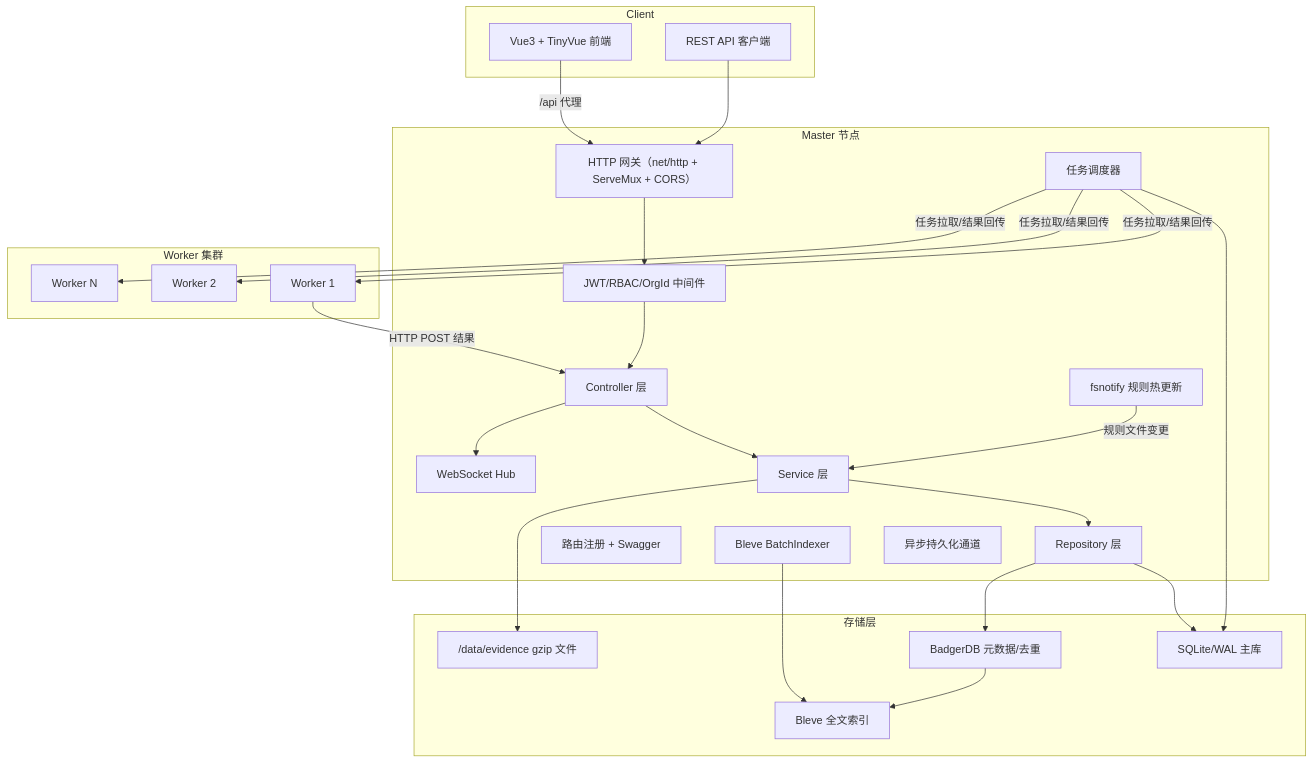
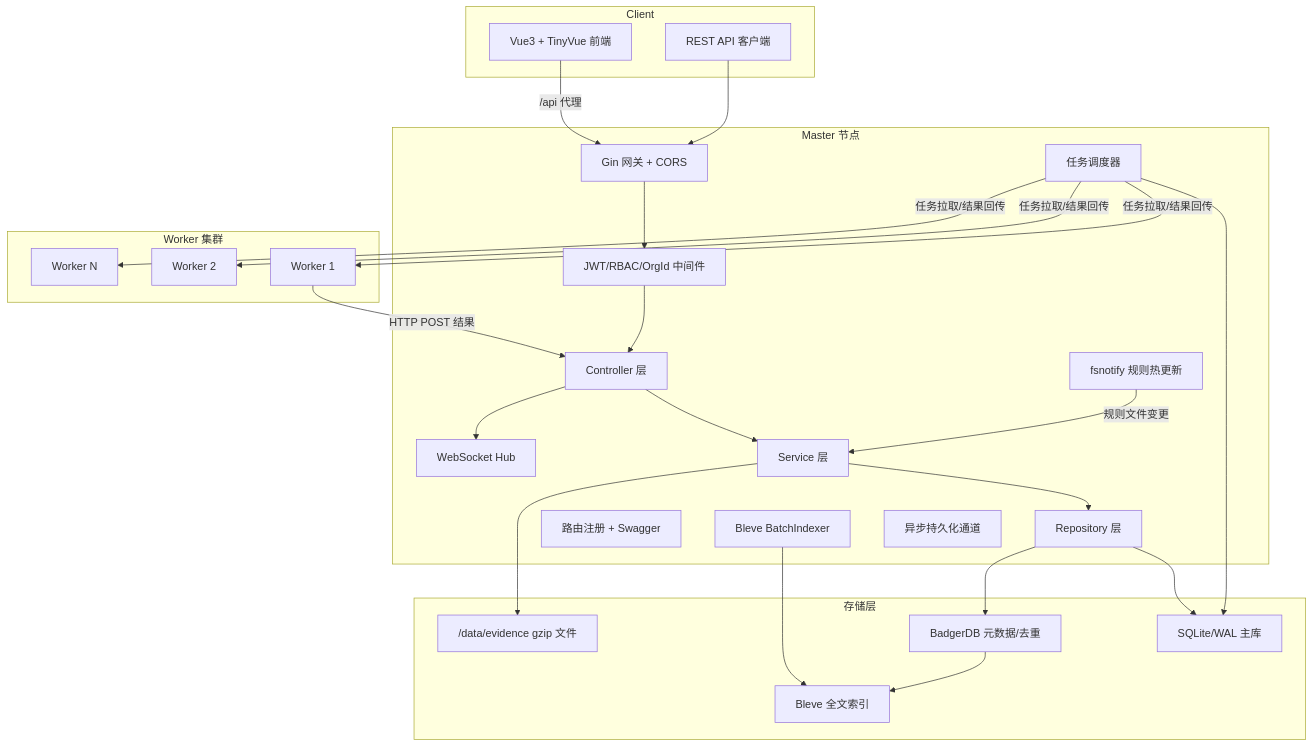
The first of 4 diagrams in .monkeycode/specs/cinsight-platform/design.md (Fanc1er/Kate), drawn with Mermaid before and after one commit. The commit also changed other lines of this file and 2 other files, not shown here.

Commit message:
docs(spec): 恢复 Gin+GORM 技术栈并放开 AGENTS.md 第三方库约束（用户确认允许成熟库减少代码量） Co-authored-by: monkeycode-ai <monkeycode-ai@chaitin.com>

````diff
--- a/.monkeycode/specs/cinsight-platform/design.md
+++ b/.monkeycode/specs/cinsight-platform/design.md
@@ -20,50 +20,50 @@
 ```mermaid
 graph TD
     subgraph Client
         UI["Vue3 + TinyVue 前端"]
         REST["REST API 客户端"]
     end
 
     subgraph Master["Master 节点"]
-        GATE["HTTP 网关（net/http + ServeMux + CORS）"]
+        GATE["Gin 网关 + CORS"]
         MID["JWT/RBAC/OrgId 中间件"]
         CTRL["Controller 层"]
         SVC["Service 层"]
         REPO["Repository 层"]
         ROUTE["路由注册 + Swagger"]
         WS["WebSocket Hub"]
         SCHED["任务调度器"]
         BATCH["Bleve BatchIndexer"]
         PERSIST["异步持久化通道"]
         RULEWATCH["fsnotify 规则热更新"]
     end
 
     subgraph Store["存储层"]
         SQLITE["SQLite/WAL 主库"]
         BADGER["BadgerDB 元数据/去重"]
         BLEVE["Bleve 全文索引"]
         EVIDIR["/data/evidence gzip 文件"]
     end
 
     subgraph WorkerPool["Worker 集群"]
         W1["Worker 1"]
         W2["Worker 2"]
         WN["Worker N"]
     end
 
     UI -->|"/api 代理"| GATE
     REST --> GATE
     GATE --> MID --> CTRL --> SVC --> REPO
     REPO --> SQLITE
     REPO --> BADGER
     BADGER --> BLEVE
     SVC --> EVIDIR
     CTRL --> WS
     SCHED --> SQLITE
     SCHED -->|"任务拉取/结果回传"| W1
     SCHED -->|"任务拉取/结果回传"| W2
     SCHED -->|"任务拉取/结果回传"| WN
     W1 -->|"HTTP POST 结果"| CTRL
     BATCH --> BLEVE
     RULEWATCH -->|"规则文件变更"| SVC
 ```
````
